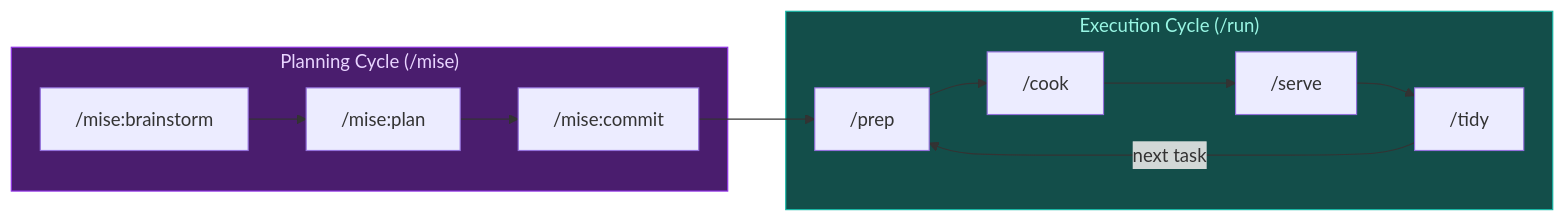
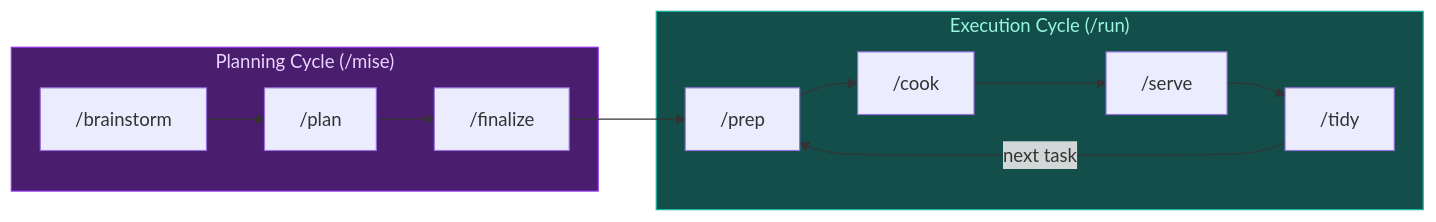
One commit to smileynet/line-cook changed the diagram in README.md. Above: the diagram before and after it, drawn with Mermaid. The commit also changed other lines of this file and 14 other files, not shown here.

````diff
--- a/README.md
+++ b/README.md
@@ -64,15 +64,15 @@
 ```mermaid
 graph LR
     subgraph planning ["Planning Cycle (/mise)"]
-        A["/mise:brainstorm"] --> B["/mise:plan"]
-        B --> C["/mise:commit"]
+        A["/brainstorm"] --> B["/plan"]
+        B --> C["/finalize"]
     end
     subgraph execution ["Execution Cycle (/run)"]
         D["/prep"] --> E["/cook"] --> F["/serve"] --> G["/tidy"]
     end
     C --> D
     G --> |next task| D
 
     style planning fill:#4a1d6e,stroke:#9333ea,color:#e9d5ff
     style execution fill:#134e4a,stroke:#14b8a6,color:#99f6e4
 ```
````
